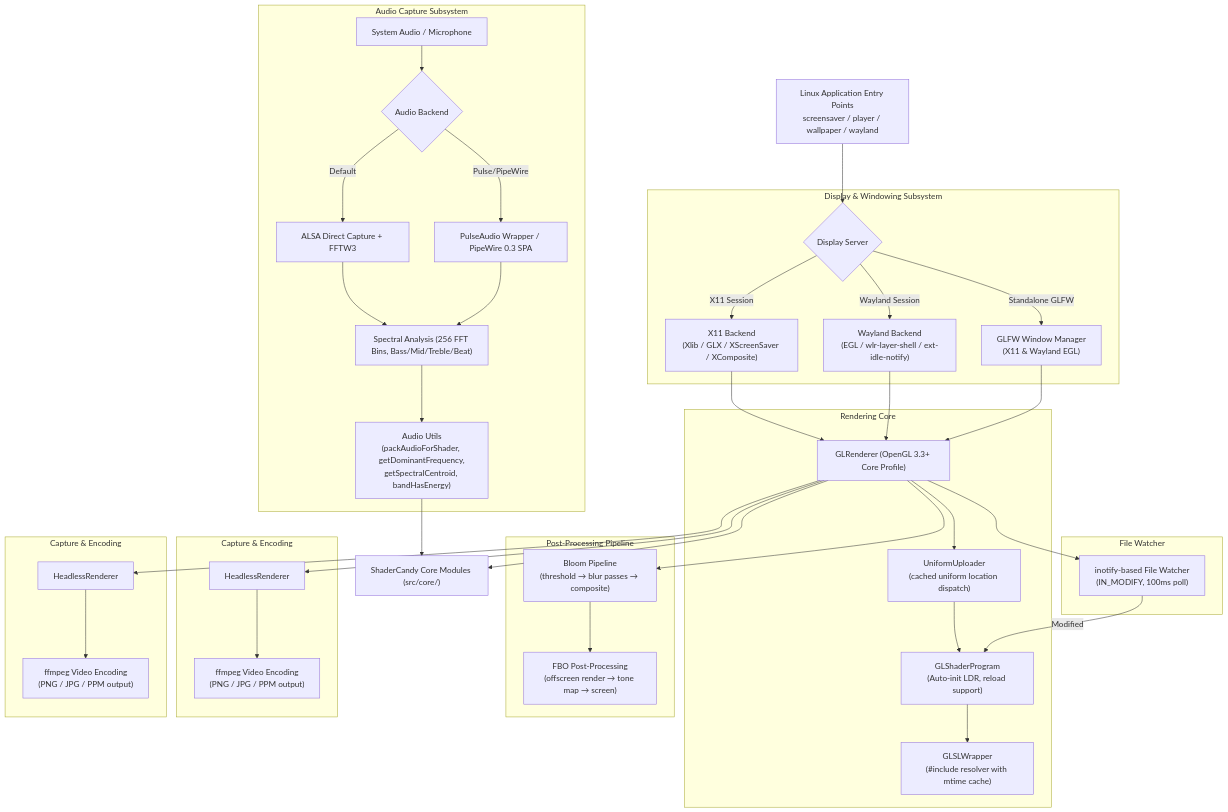
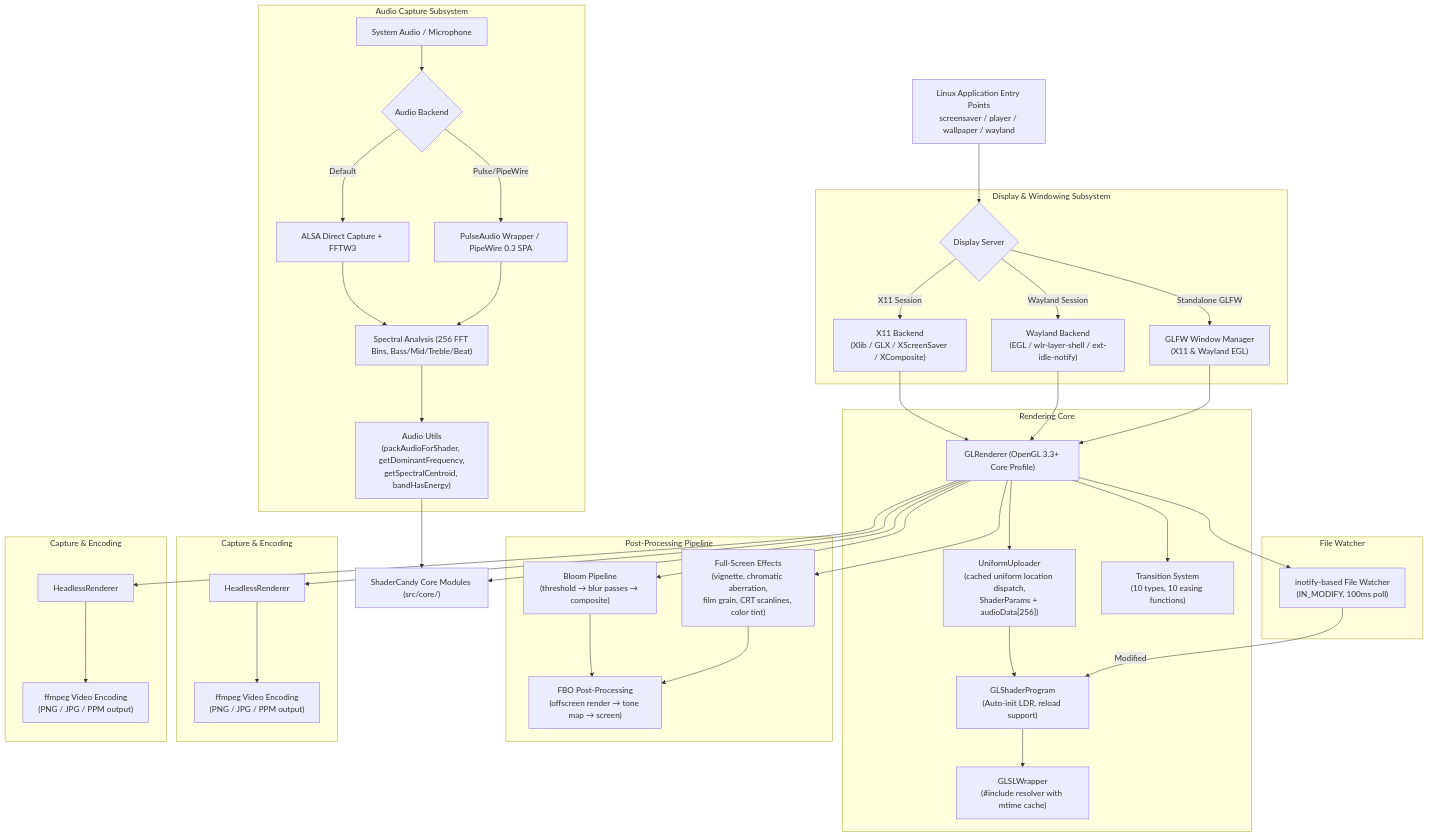
Before and after one commit to 23skdu/ShaderCandy: the diagram in docs/LinuxFeatures.md, drawn with Mermaid. The commit also changed other lines of this file and 5 other files, not shown here.

````diff
--- a/docs/LinuxFeatures.md
+++ b/docs/LinuxFeatures.md
@@ -11,47 +11,50 @@
 ```mermaid
 flowchart TD
     App[Linux Application Entry Points\nscreensaver / player / wallpaper / wayland] --> DisplaySelect{Display Server}
 
     subgraph "Display & Windowing Subsystem"
         DisplaySelect -->|X11 Session| X11["X11 Backend\n(Xlib / GLX / XScreenSaver / XComposite)"]
         DisplaySelect -->|Wayland Session| WL["Wayland Backend\n(EGL / wlr-layer-shell / ext-idle-notify)"]
         DisplaySelect -->|Standalone GLFW| GLFW["GLFW Window Manager\n(X11 & Wayland EGL)"]
     end
 
     subgraph "Rendering Core"
         X11 & WL & GLFW --> GL["GLRenderer (OpenGL 3.3+ Core Profile)"]
-        GL --> UL["UniformUploader\n(cached uniform location dispatch)"]
+        GL --> UL["UniformUploader\n(cached uniform location dispatch,\nShaderParams + audioData[256])"]
         UL --> Prog["GLShaderProgram\n(Auto-init LDR, reload support)"]
         Prog --> GLSL["GLSLWrapper\n(#include resolver with mtime cache)"]
+        GL --> Trans["Transition System\n(10 types, 10 easing functions)"]
     end
 
     subgraph "Post-Processing Pipeline"
         GL --> Bloom["Bloom Pipeline\n(threshold → blur passes → composite)"]
         Bloom --> FBO["FBO Post-Processing\n(offscreen render → tone map → screen)"]
+        GL --> PP["Full-Screen Effects\n(vignette, chromatic aberration,\nfilm grain, CRT scanlines, color tint)"]
+        PP --> FBO
     end
 
     subgraph "File Watcher"
         GL --> Watcher["inotify-based File Watcher\n(IN_MODIFY, 100ms poll)"]
         Watcher -->|Modified| Prog
     end
 
     subgraph "Capture & Encoding"
         GL --> HR["HeadlessRenderer"]
         HR --> Ffmpeg["ffmpeg Video Encoding\n(PNG / JPG / PPM output)"]
     end
 
     subgraph "Capture & Encoding"
         GL --> HR2["HeadlessRenderer"]
         HR2 --> Ffmpeg2["ffmpeg Video Encoding\n(PNG / JPG / PPM output)"]
     end
 
     subgraph "Audio Capture Subsystem"
         Audio["System Audio / Microphone"] --> AudioChoice{Audio Backend}
         AudioChoice -->|Default| ALSA["ALSA Direct Capture + FFTW3"]
         AudioChoice -->|Pulse/PipeWire| PW["PulseAudio Wrapper / PipeWire 0.3 SPA"]
         ALSA & PW --> FFT["Spectral Analysis (256 FFT Bins, Bass/Mid/Treble/Beat)"]
         FFT --> AU["Audio Utils\n(packAudioForShader, getDominantFrequency,\ngetSpectralCentroid, bandHasEnergy)"]
     end
 
     GL & AU --> Core["ShaderCandy Core Modules (src/core/)"]
 ```
````
